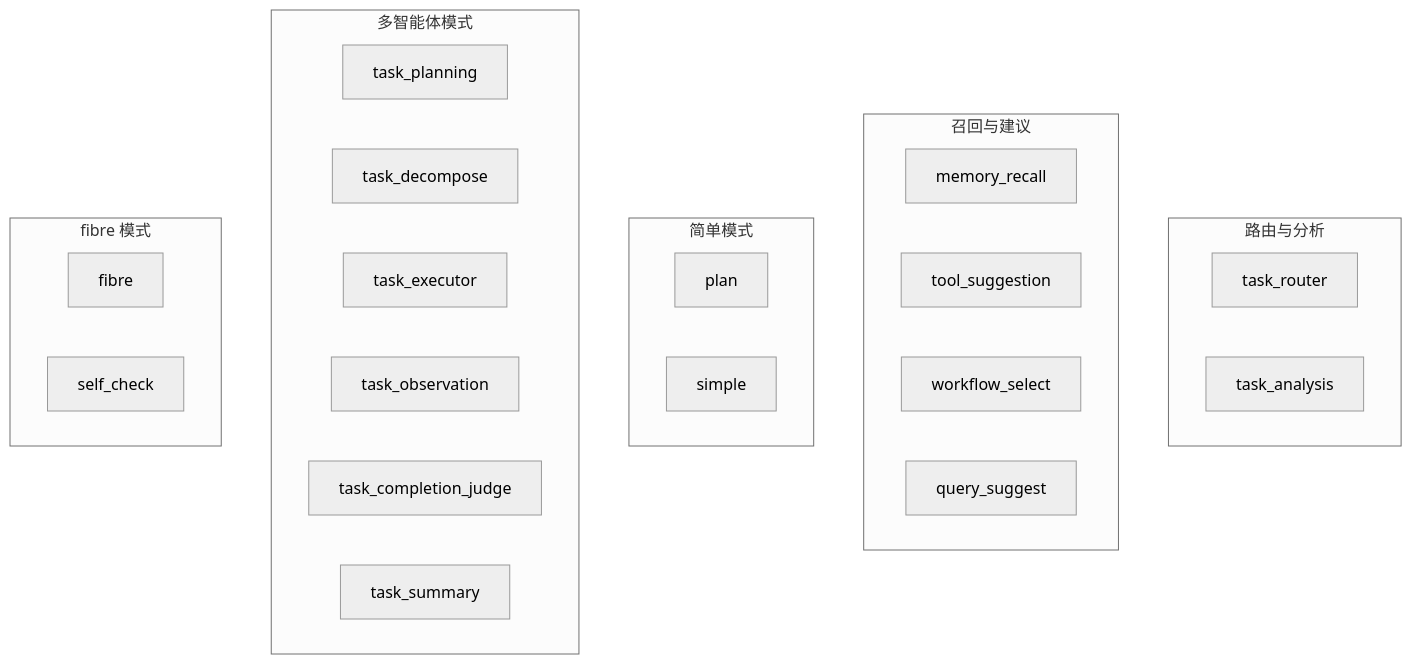
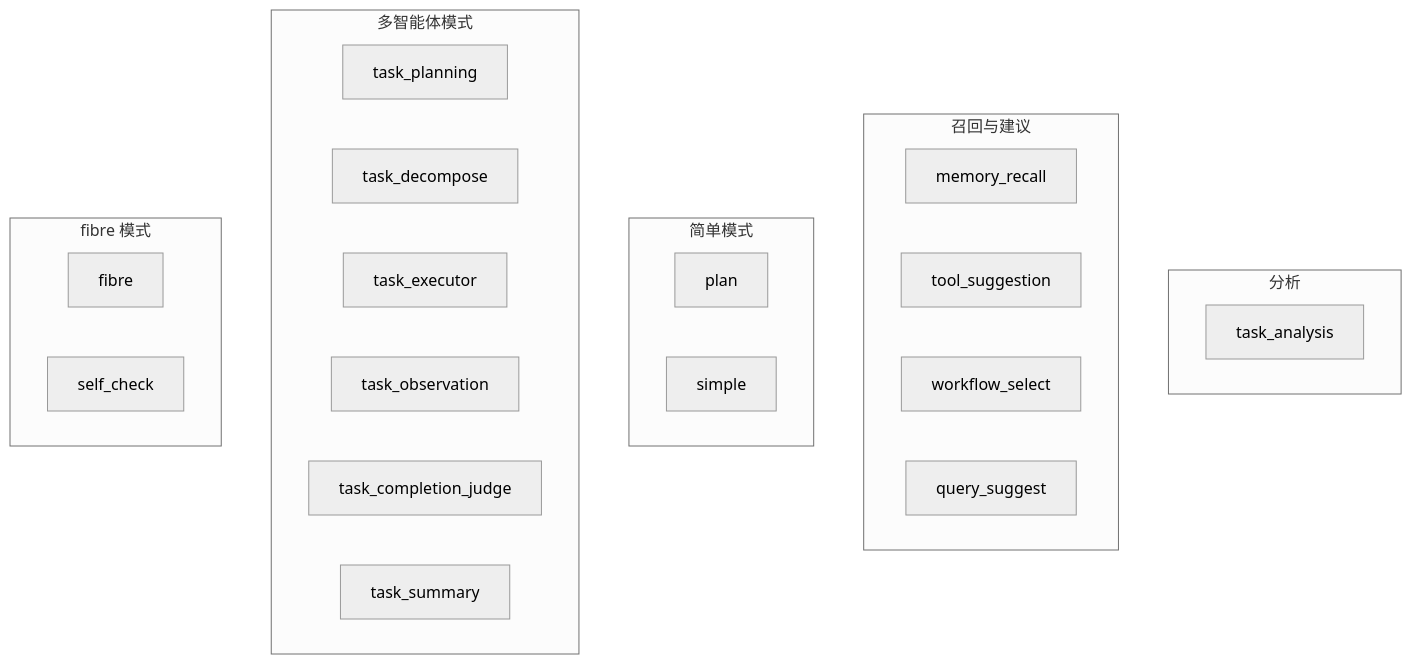
Before and after one commit to ZHangZHengEric/Sage: the second of 10 diagrams in docs/zh/architecture/ARCHITECTURE_SAGENTS_AGENT_FLOW.md, drawn with Mermaid (neutral theme). The commit also changed other lines of this file and 37 other files, not shown here.

First line of the commit message:
Remove task router; refactor plan agent; add lint tool and structured tool errors

````diff
--- a/docs/zh/architecture/ARCHITECTURE_SAGENTS_AGENT_FLOW.md
+++ b/docs/zh/architecture/ARCHITECTURE_SAGENTS_AGENT_FLOW.md
@@ -38,33 +38,32 @@
 ```mermaid
 flowchart TB
-    subgraph 路由与分析
-        Router[task_router]
+    subgraph 分析
         Analysis[task_analysis]
     end
 
     subgraph 召回与建议
         Recall[memory_recall]
         ToolSug[tool_suggestion]
         WfSel[workflow_select]
         QSug[query_suggest]
     end
 
     subgraph 简单模式
         Plan[plan]
         Simple[simple]
     end
 
     subgraph 多智能体模式
         TPlan[task_planning]
         TDecomp[task_decompose]
         TExec[task_executor]
         TObs[task_observation]
         TJudge[task_completion_judge]
         TSum[task_summary]
     end
 
     subgraph fibre 模式
         Fibre[fibre]
         SelfCheck[self_check]
     end
 ```
````
